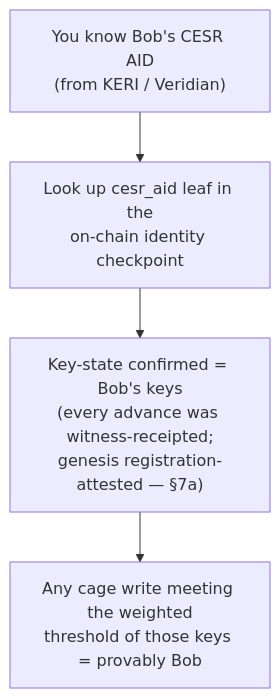
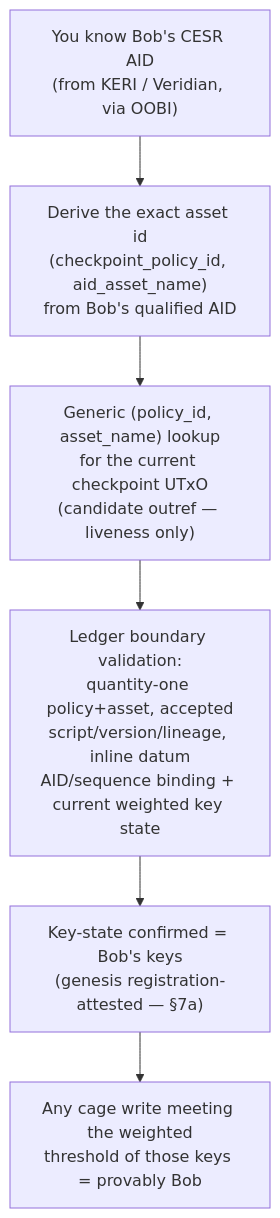
Before and after one commit to lambdasistemi/cardano-keri: the diagram in docs/design/user-experience.md, drawn with Mermaid. The commit also changed other lines of this file and 4 other files, not shown here.

First line of the commit message:
docs(design): reframe trust/UX/DeFi/aid current-auth to sovereign discovery

````diff
--- a/docs/design/user-experience.md
+++ b/docs/design/user-experience.md
@@ -19,9 +44,11 @@
 ```mermaid
 flowchart TD
-    A["You know Bob's CESR AID<br/>(from KERI / Veridian)"]
-    D["Look up cesr_aid leaf in the<br/>on-chain identity checkpoint"]
-    E["Key-state confirmed = Bob's keys<br/>(every advance was witness-receipted;<br/>genesis registration-attested — §7a)"]
+    A["You know Bob's CESR AID<br/>(from KERI / Veridian, via OOBI)"]
+    B["Derive the exact asset id<br/>(checkpoint_policy_id, aid_asset_name)<br/>from Bob's qualified AID"]
+    C["Generic (policy_id, asset_name) lookup<br/>for the current checkpoint UTxO<br/>(candidate outref — liveness only)"]
+    D["Ledger boundary validation:<br/>quantity-one policy+asset, accepted<br/>script/version/lineage, inline datum<br/>AID/sequence binding + current weighted key state"]
+    E["Key-state confirmed = Bob's keys<br/>(genesis registration-attested — §7a)"]
     F["Any cage write meeting the weighted<br/>threshold of those keys = provably Bob"]
 
-    A --> D --> E --> F
+    A --> B --> C --> D --> E --> F
 ```
````
